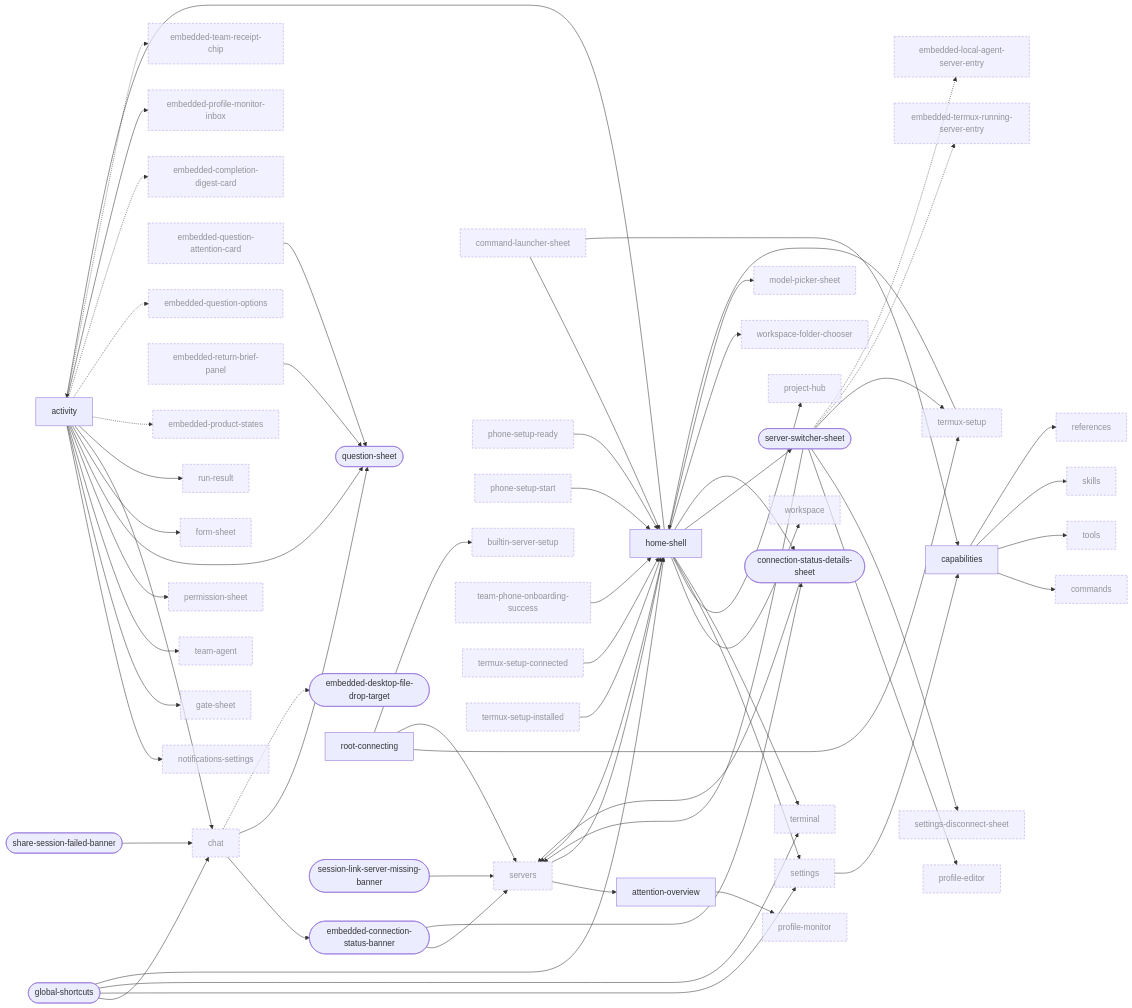
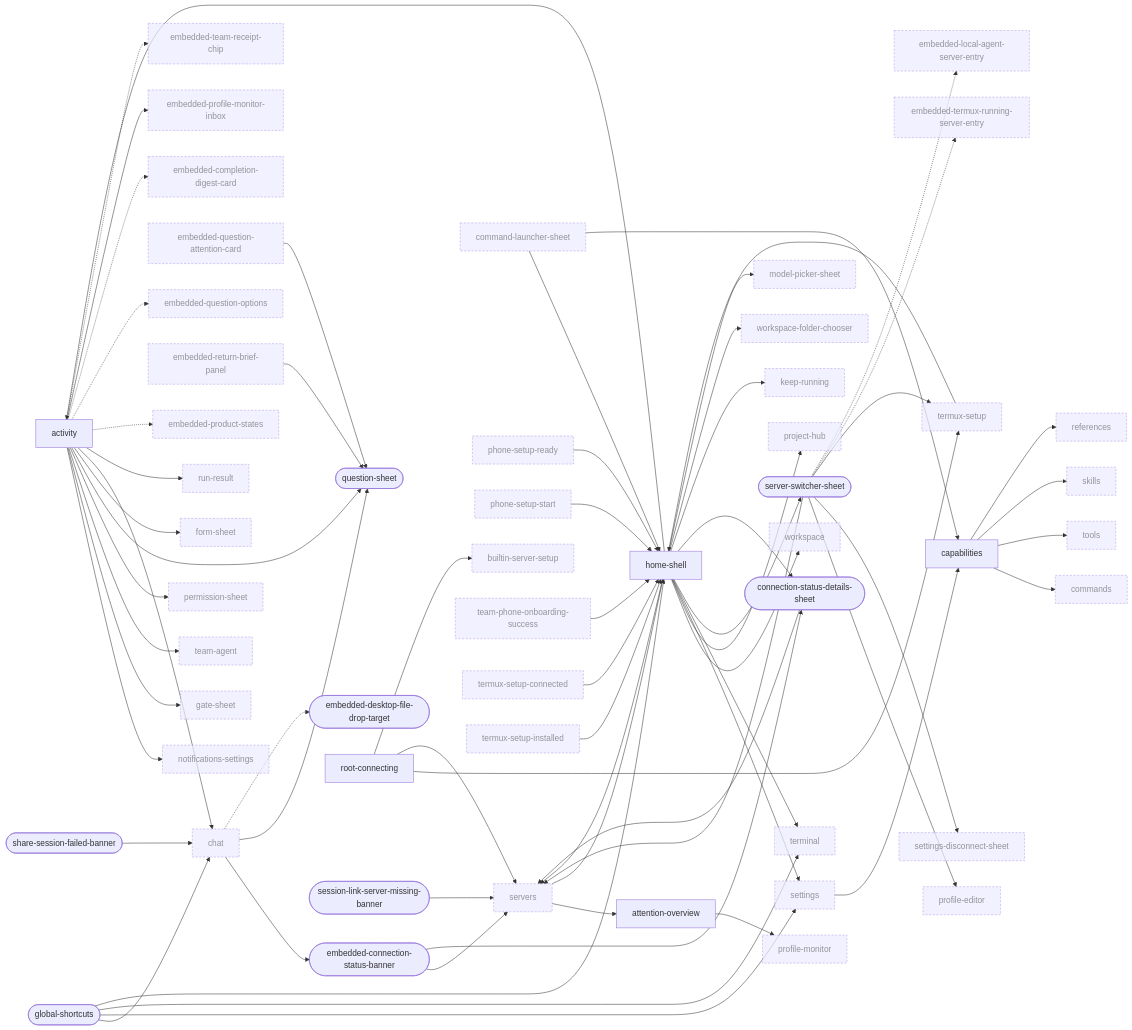
Before and after one commit to Breskott/opencode-mobile-next: the first of 10 diagrams in docs/design/ui-ledger/navigation.md, drawn with Mermaid. The commit also changed other lines of this file and 11 other files, not shown here.

```diff
--- a/docs/design/ui-ledger/navigation.md
+++ b/docs/design/ui-ledger/navigation.md
@@ -43,6 +43,7 @@
   gate_sheet["gate-sheet"]:::ext
   global_shortcuts(["global-shortcuts"])
   home_shell["home-shell"]
+  keep_running["keep-running"]:::ext
   model_picker_sheet["model-picker-sheet"]:::ext
   notifications_settings["notifications-settings"]:::ext
   permission_sheet["permission-sheet"]:::ext
@@ -81,6 +82,7 @@
   home_shell --> server_switcher_sheet
   home_shell --> servers
   home_shell --> connection_status_details_sheet
+  home_shell --> keep_running
   server_switcher_sheet --> servers
   server_switcher_sheet --> profile_editor
   server_switcher_sheet --> settings_disconnect_sheet
```
